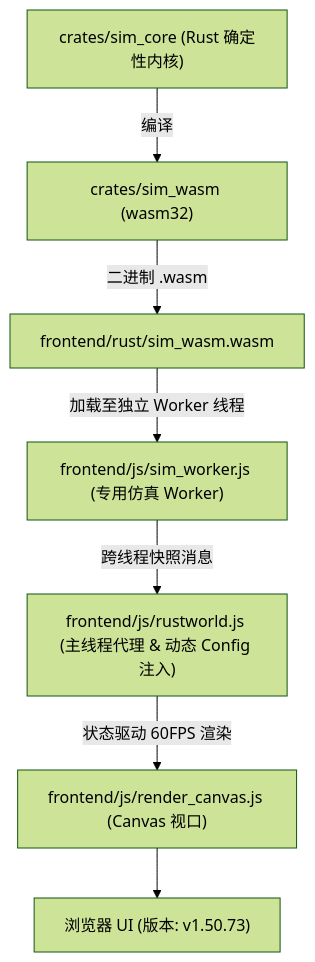
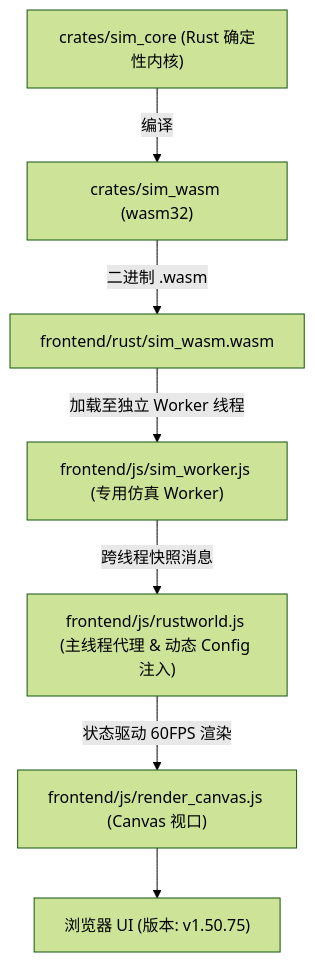
One commit to g39088902/FlowAndAccord changed the diagram in AGENTS.md. Above: the diagram before and after it, drawn with Mermaid (forest theme). The commit also changed other lines of this file and 17 other files, not shown here.

````diff
--- a/AGENTS.md
+++ b/AGENTS.md
@@ -61,10 +61,10 @@
 ```mermaid
 graph TD
     A["crates/sim_core (Rust 确定性内核)"] -->|编译| B["crates/sim_wasm (wasm32)"]
     B -->|二进制 .wasm| C["frontend/rust/sim_wasm.wasm"]
     C -->|加载至独立 Worker 线程| D["frontend/js/sim_worker.js (专用仿真 Worker)"]
     D -->|跨线程快照消息| E["frontend/js/rustworld.js (主线程代理 & 动态 Config 注入)"]
     E -->|状态驱动 60FPS 渲染| F["frontend/js/render_canvas.js (Canvas 视口)"]
-    F --> G["浏览器 UI (版本: v1.50.73)"]
+    F --> G["浏览器 UI (版本: v1.50.75)"]
 
 ```
````
